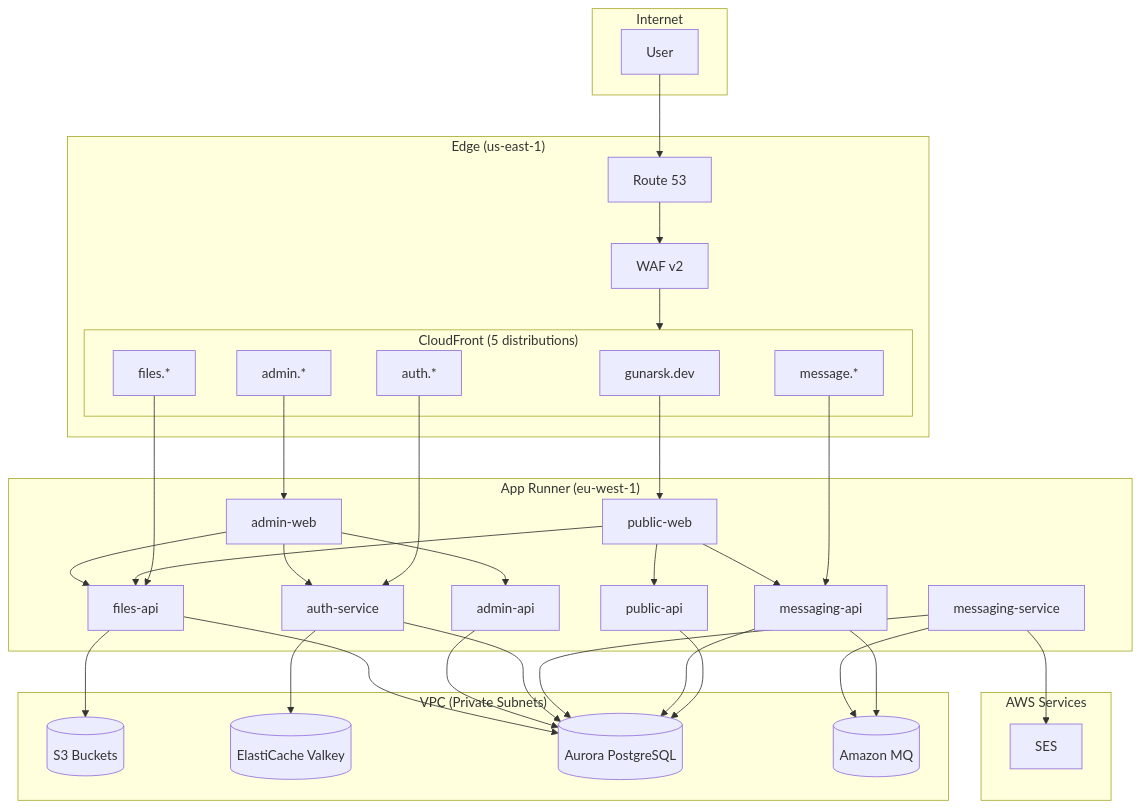
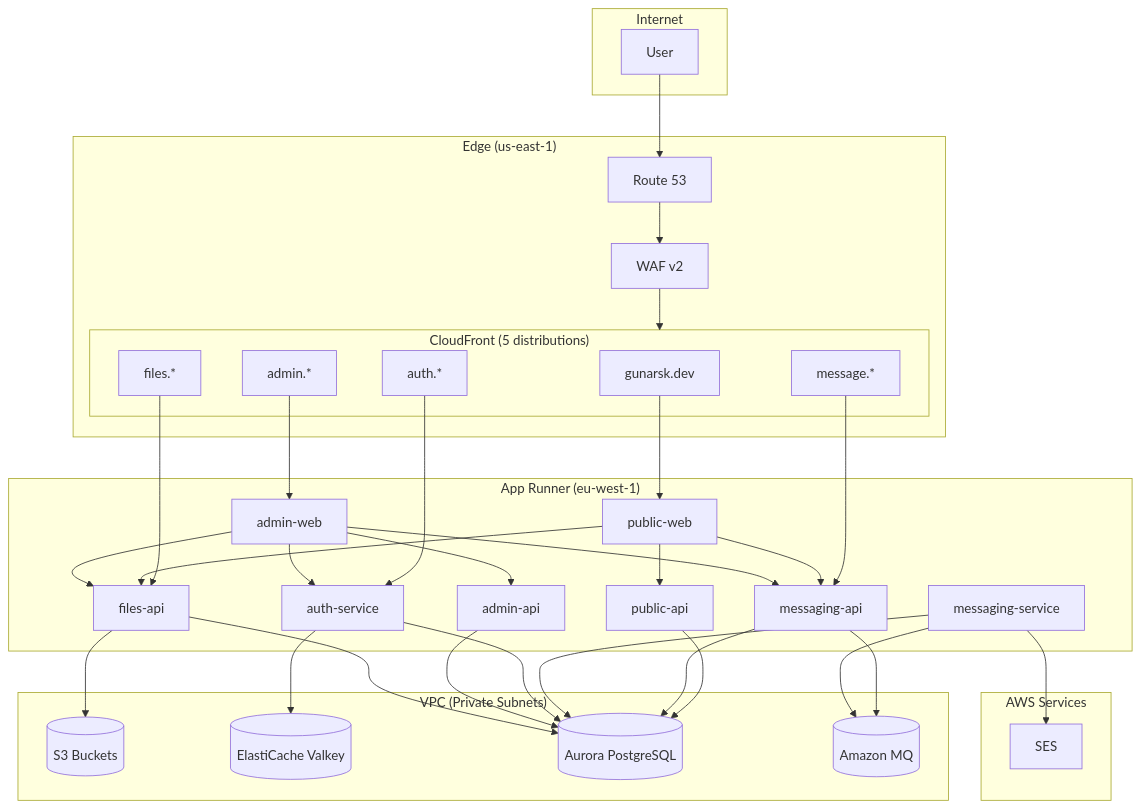
Before and after one commit to GunarsK-portfolio/infrastructure: the second of 2 diagrams in docs/ARCHITECTURE.md, drawn with Mermaid. The commit also changed other lines of this file and 3 other files, not shown here.

````diff
--- a/docs/ARCHITECTURE.md
+++ b/docs/ARCHITECTURE.md
@@ -177,69 +180,70 @@
 ```mermaid
 flowchart TB
     subgraph Internet
         USER[User]
     end
 
     subgraph Edge["Edge (us-east-1)"]
         R53[Route 53]
         WAF[WAF v2]
         subgraph CloudFront["CloudFront (5 distributions)"]
             CF_PUB[gunarsk.dev]
             CF_ADM[admin.*]
             CF_AUTH[auth.*]
             CF_FILES[files.*]
             CF_MSG[message.*]
         end
     end
 
     subgraph AppRunner["App Runner (eu-west-1)"]
         PW[public-web]
         AW[admin-web]
         PA[public-api]
         AA[admin-api]
         AUTH[auth-service]
         FA[files-api]
         MA[messaging-api]
         MS[messaging-service]
     end
 
     subgraph VPC["VPC (Private Subnets)"]
         S3[(S3 Buckets)]
         REDIS[(ElastiCache Valkey)]
         AURORA[(Aurora PostgreSQL)]
         MQ[(Amazon MQ)]
     end
 
     subgraph AWS["AWS Services"]
         SES[SES]
     end
 
     USER --> R53
     R53 --> WAF
     WAF --> CloudFront
 
     CF_PUB --> PW
     CF_ADM --> AW
     CF_AUTH --> AUTH
     CF_FILES --> FA
     CF_MSG --> MA
 
     PW --> PA
     PW --> MA
     PW --> FA
     AW --> AUTH
     AW --> AA
     AW --> FA
+    AW --> MA
 
     PA --> AURORA
     MA --> AURORA
     MA --> MQ
     MS --> MQ
     MS --> AURORA
     MS --> SES
     AUTH --> AURORA
     AUTH --> REDIS
     AA --> AURORA
     FA --> AURORA
     FA --> S3
 ```
````
